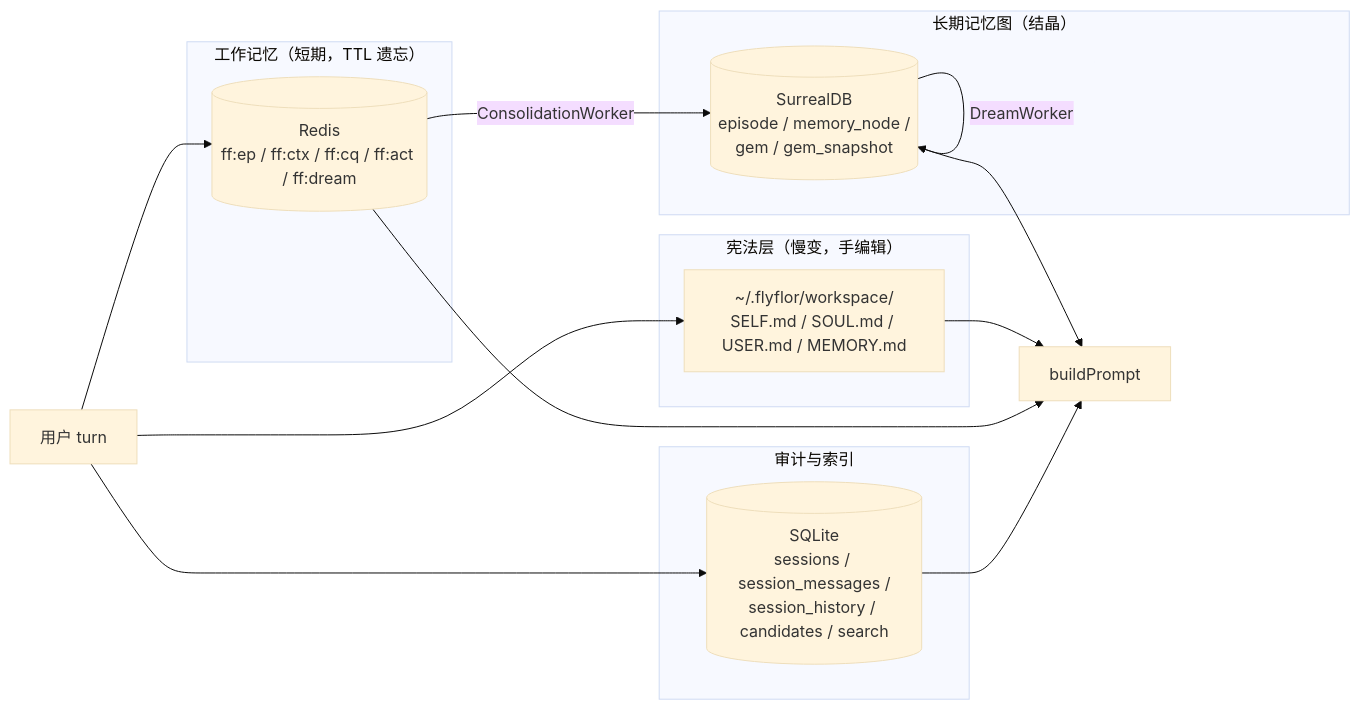
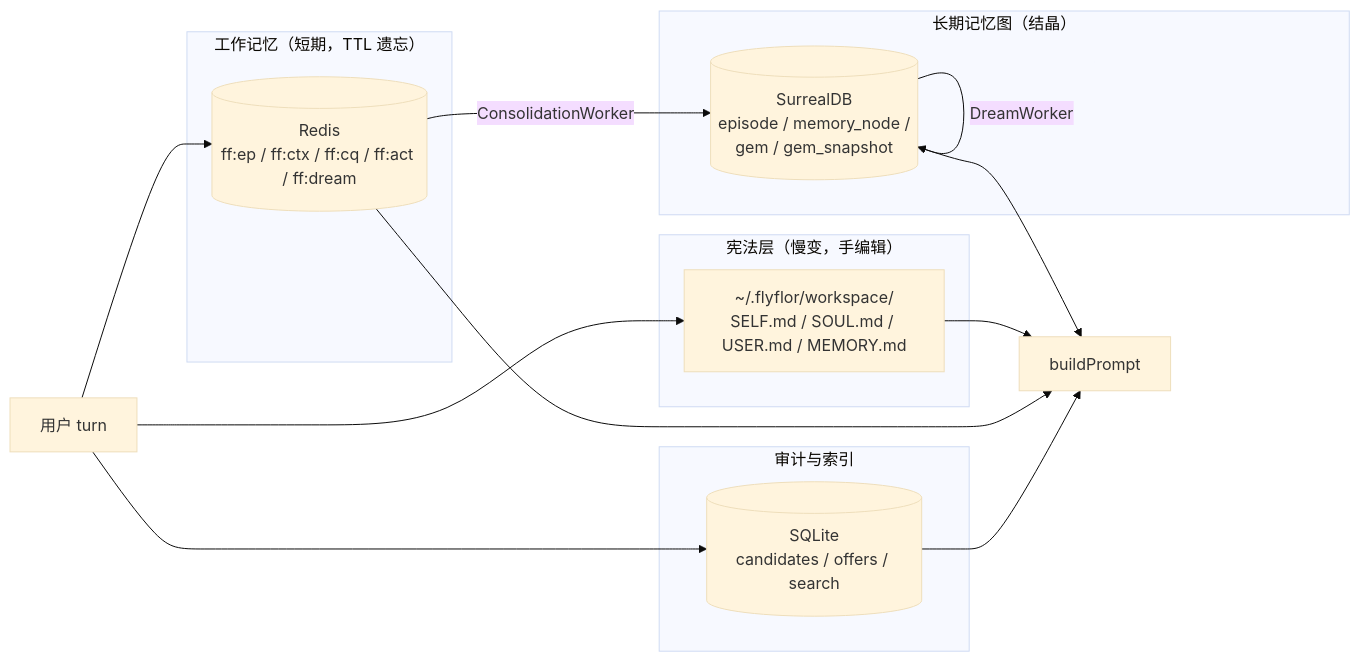
One commit to flyflor/flyflor changed the first of 5 diagrams in docs/memory.system.md. Above: the diagram before and after it, drawn with Mermaid (base theme). The commit also changed other lines of this file and 83 other files, not shown here.

````diff
--- a/docs/memory.system.md
+++ b/docs/memory.system.md
@@ -25,28 +25,28 @@
 ```mermaid
 flowchart LR
     subgraph Constitutional["宪法层（慢变，手编辑）"]
         Markdown["~/.flyflor/workspace/<br/>SELF.md / SOUL.md / USER.md / MEMORY.md"]
     end
 
     subgraph Working["工作记忆（短期，TTL 遗忘）"]
         Redis[("Redis<br/>ff:ep / ff:ctx / ff:cq / ff:act / ff:dream")]
     end
 
     subgraph Index["审计与索引"]
-        SQLite[("SQLite<br/>sessions / session_messages /<br/>session_history / candidates / search")]
+        SQLite[("SQLite<br/>candidates / offers / search")]
     end
 
     subgraph LongTerm["长期记忆图（结晶）"]
         Surreal[("SurrealDB<br/>episode / memory_node /<br/>gem / gem_snapshot")]
     end
 
     User["用户 turn"] --> Redis
     Redis -- ConsolidationWorker --> Surreal
     Surreal -- DreamWorker --> Surreal
     User --> Markdown
     User --> SQLite
     Markdown --> Prompt["buildPrompt"]
     Redis --> Prompt
     Surreal --> Prompt
     SQLite --> Prompt
 ```
````
